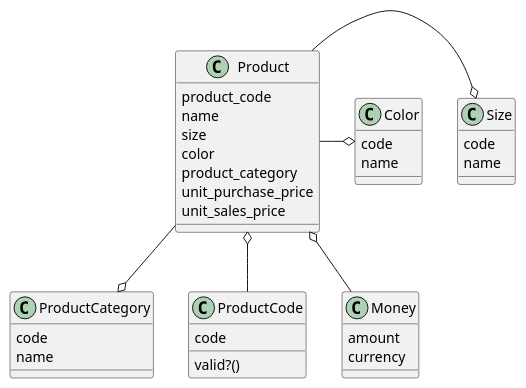
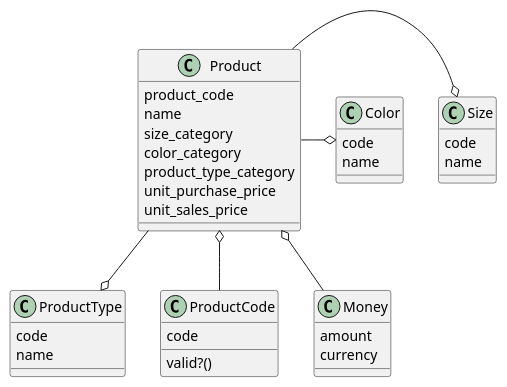
The second of 3 diagrams in docs/dev/sales_modeling/type2_product.md (k2works/etude_for_rails), drawn with PlantUML before and after one commit. The commit also changed other lines of this file and 8 other files, not shown here.

````diff
--- a/docs/dev/sales_modeling/type2_product.md
+++ b/docs/dev/sales_modeling/type2_product.md
@@ -30,36 +30,36 @@
 ```puml
 class Product {
   product_code
   name
-  size
-  color
-  product_category
+  size_category
+  color_category
+  product_type_category
   unit_purchase_price
   unit_sales_price
 }
 class Size {
   code
   name
 }
 class Color {
   code
   name
 }
-class ProductCategory {
+class ProductType {
   code
   name
 }
 class ProductCode {
   code
   valid?()
 }
 class Money {
   amount
   currency
 }
 Product --ro Size
 Product -o Color
-Product --o ProductCategory
+Product --o ProductType
 Product o-- ProductCode
 Product o-- Money
 ```
````
